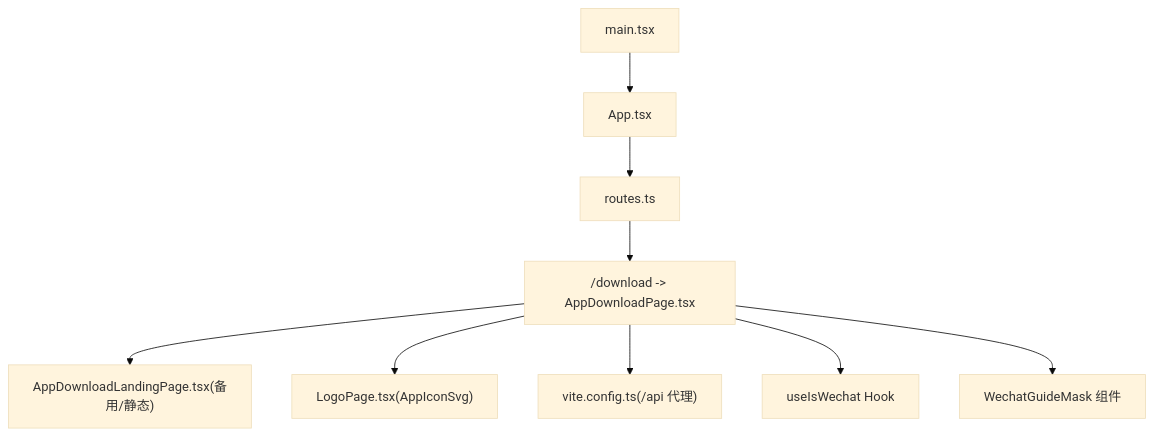
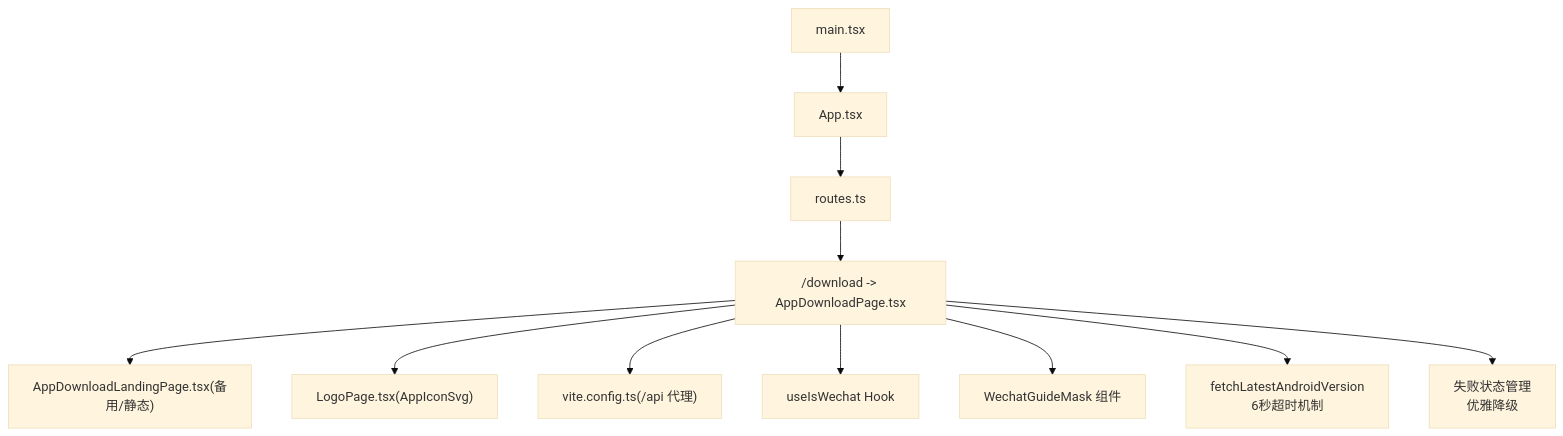
The first of 8 diagrams in .qoder/repowiki/zh/content/架构设计/组件架构设计/页面组件/应用下载落地页.md (BlackWhiteBlock/med-vault-website), drawn with Mermaid (base theme) before and after one commit. The commit also changed other lines of this file and 4 other files, not shown here.

````diff
--- a/.qoder/repowiki/zh/content/架构设计/组件架构设计/页面组件/应用下载落地页.md
+++ b/.qoder/repowiki/zh/content/架构设计/组件架构设计/页面组件/应用下载落地页.md
@@ -53,11 +57,13 @@
 ```mermaid
 graph TB
 A["main.tsx"] --> B["App.tsx"]
 B --> C["routes.ts"]
 C --> D["/download -> AppDownloadPage.tsx"]
 D --> E["AppDownloadLandingPage.tsx(备用/静态)"]
 D --> F["LogoPage.tsx(AppIconSvg)"]
 D --> G["vite.config.ts(/api 代理)"]
 D --> H["useIsWechat Hook"]
 D --> I["WechatGuideMask 组件"]
+D --> J["fetchLatestAndroidVersion<br/>6秒超时机制"]
+D --> K["失败状态管理<br/>优雅降级"]
 ```
````
